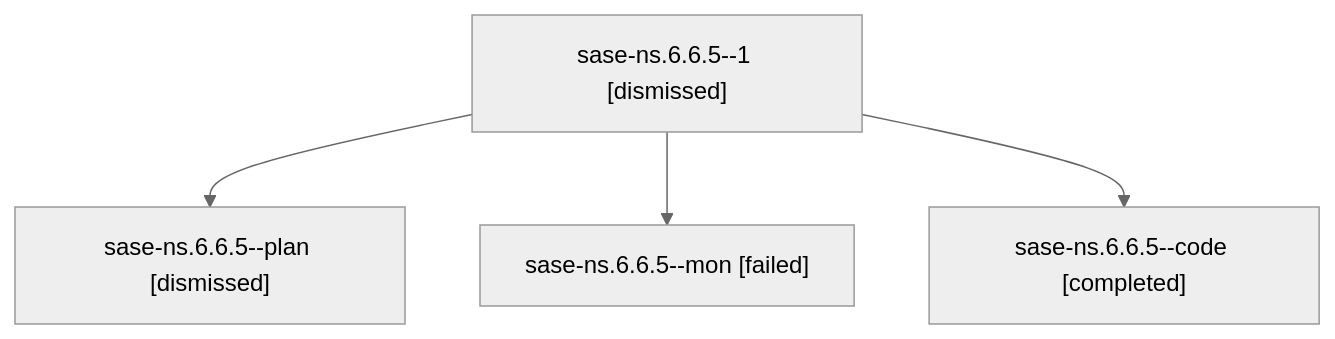
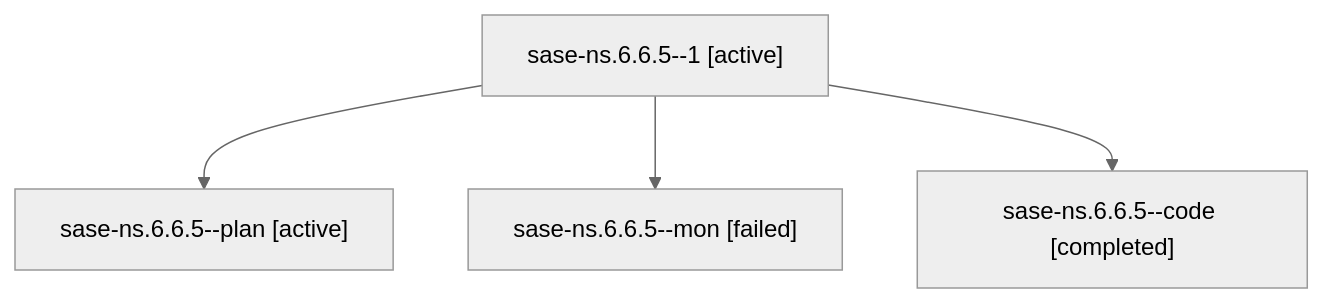
The diagram in families/bbugyi200.athena.sase-ns.6.6.5.md (sase-org/sase--agents), drawn with Mermaid (neutral theme) before and after one commit. The commit also changed other lines of this file and 35830 other files, not shown here.

````diff
--- a/families/bbugyi200.athena.sase-ns.6.6.5.md
+++ b/families/bbugyi200.athena.sase-ns.6.6.5.md
@@ -9,10 +9,10 @@
 ```mermaid
 flowchart TD
-  n0["sase-ns.6.6.5--1 [dismissed]"]
-  n1["sase-ns.6.6.5--plan [dismissed]"]
+  n0["sase-ns.6.6.5--1 [active]"]
+  n1["sase-ns.6.6.5--plan [active]"]
   n0 --> n1
   n2["sase-ns.6.6.5--mon [failed]"]
   n0 --> n2
   n3["sase-ns.6.6.5--code [completed]"]
   n0 --> n3
 ```
````
